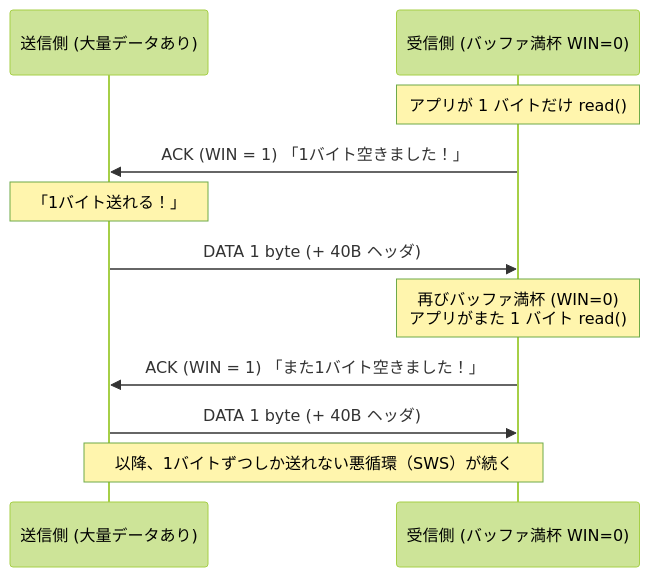
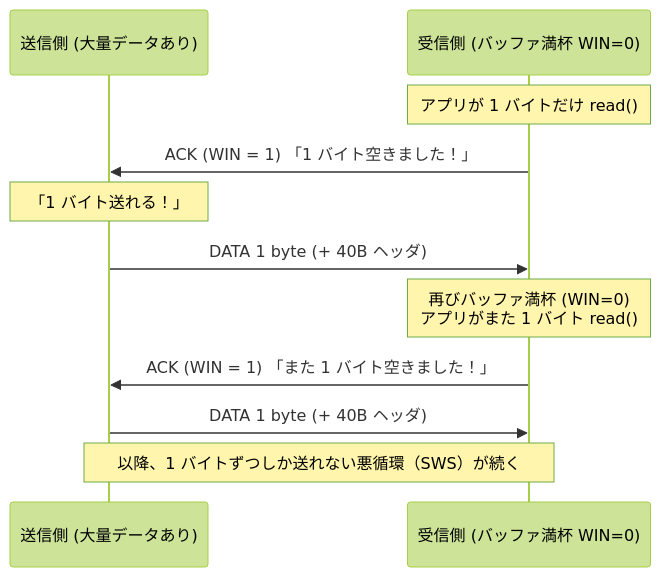
Before and after one commit to q2ven/tcp-eli5: the diagram in ja/appendix-notes.md, drawn with Mermaid (forest theme). The commit also changed other lines of this file and 42 other files, not shown here.

````diff
--- a/ja/appendix-notes.md
+++ b/ja/appendix-notes.md
@@ -424,14 +424,14 @@
 ```mermaid
 sequenceDiagram
     participant S as 送信側 (大量データあり)
     participant R as 受信側 (バッファ満杯 WIN=0)
 
     Note over R: アプリが 1 バイトだけ read()
-    R->>S: ACK (WIN = 1) 「1バイト空きました！」
-    Note over S: 「1バイト送れる！」
+    R->>S: ACK (WIN = 1) 「1 バイト空きました！」
+    Note over S: 「1 バイト送れる！」
     S->>R: DATA 1 byte (+ 40B ヘッダ)
     Note over R: 再びバッファ満杯 (WIN=0)<br/>アプリがまた 1 バイト read()
-    R->>S: ACK (WIN = 1) 「また1バイト空きました！」
+    R->>S: ACK (WIN = 1) 「また 1 バイト空きました！」
     S->>R: DATA 1 byte (+ 40B ヘッダ)
-    Note over S,R: 以降、1バイトずつしか送れない悪循環（SWS）が続く
+    Note over S,R: 以降、1 バイトずつしか送れない悪循環（SWS）が続く
 ```
````
